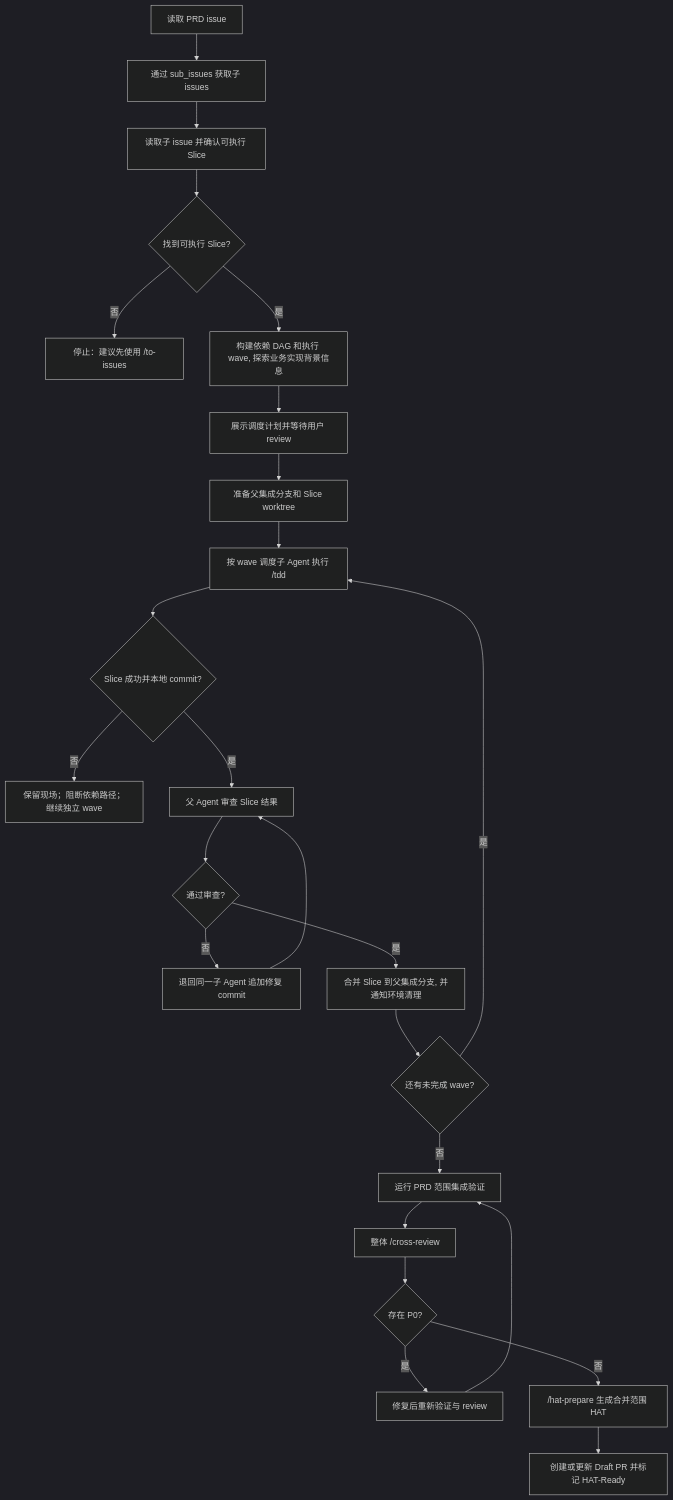
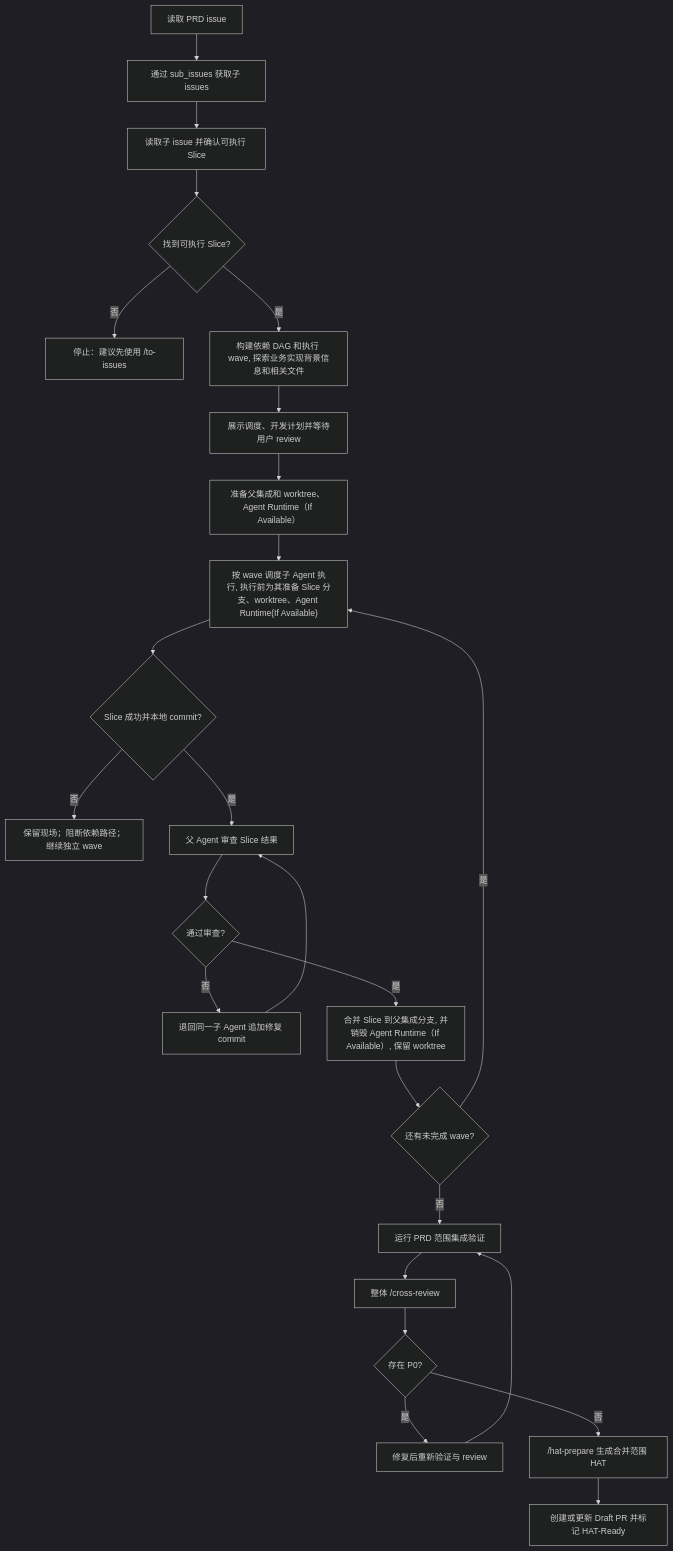
Before and after one commit to ivan-94/skills: the diagram in skills/engineering/deliver-prd/SKILL.md, drawn with Mermaid (dark theme). The commit also changed other lines of this file and 5 other files, not shown here.

````diff
--- a/skills/engineering/deliver-prd/SKILL.md
+++ b/skills/engineering/deliver-prd/SKILL.md
@@ -12,27 +12,27 @@
 ```mermaid
 flowchart TD
   A["读取 PRD issue"] --> B["通过 sub_issues 获取子 issues"]
   B --> C["读取子 issue 并确认可执行 Slice"]
   C --> D{"找到可执行 Slice?"}
   D -- "否" --> E["停止：建议先使用 /to-issues"]
-  D -- "是" --> F["构建依赖 DAG 和执行 wave, 探索业务实现背景信息"]
-  F --> G["展示调度计划并等待用户 review"]
-  G --> H["准备父集成分支和 Slice worktree"]
-  H --> I["按 wave 调度子 Agent 执行 /tdd"]
+  D -- "是" --> F["构建依赖 DAG 和执行 wave, 探索业务实现背景信息和相关文件"]
+  F --> G["展示调度、开发计划并等待用户 review"]
+  G --> H["准备父集成和 worktree、 Agent Runtime（If Available）"]
+  H --> I["按 wave 调度子 Agent 执行, 执行前为其准备 Slice 分支、worktree、Agent Runtime(If Available)"]
   I --> J{"Slice 成功并本地 commit?"}
   J -- "否" --> K["保留现场；阻断依赖路径；继续独立 wave"]
   J -- "是" --> L["父 Agent 审查 Slice 结果"]
   L --> M{"通过审查?"}
   M -- "否" --> N["退回同一子 Agent 追加修复 commit"]
   N --> L
-  M -- "是" --> O["合并 Slice 到父集成分支, 并通知环境清理"]
+  M -- "是" --> O["合并 Slice 到父集成分支, 并销毁 Agent Runtime（If Available）, 保留 worktree"]
   O --> P{"还有未完成 wave?"}
   P -- "是" --> I
   P -- "否" --> Q["运行 PRD 范围集成验证"]
   Q --> R["整体 /cross-review"]
   R --> S{"存在 P0?"}
   S -- "是" --> T["修复后重新验证与 review"]
   T --> Q
   S -- "否" --> U["/hat-prepare 生成合并范围 HAT"]
   U --> V["创建或更新 Draft PR 并标记 HAT-Ready"]
 ```
````
